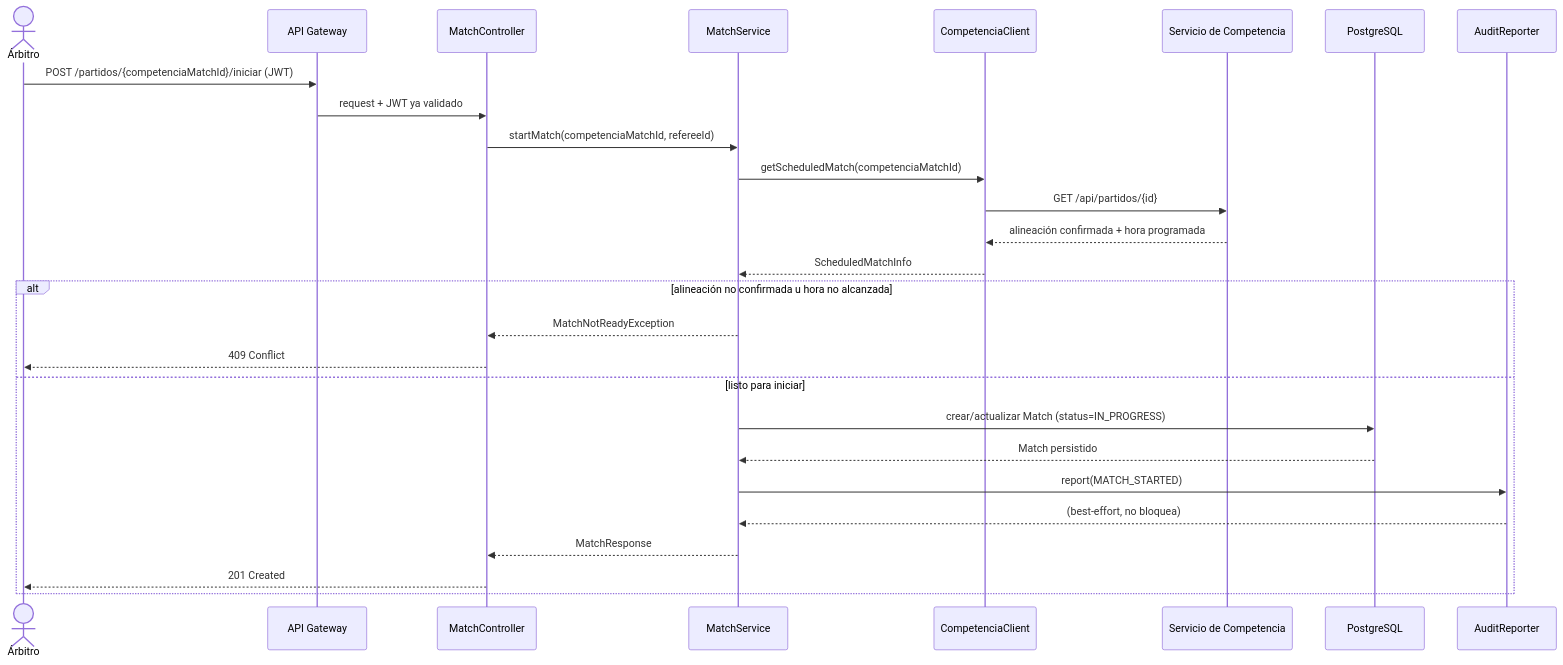
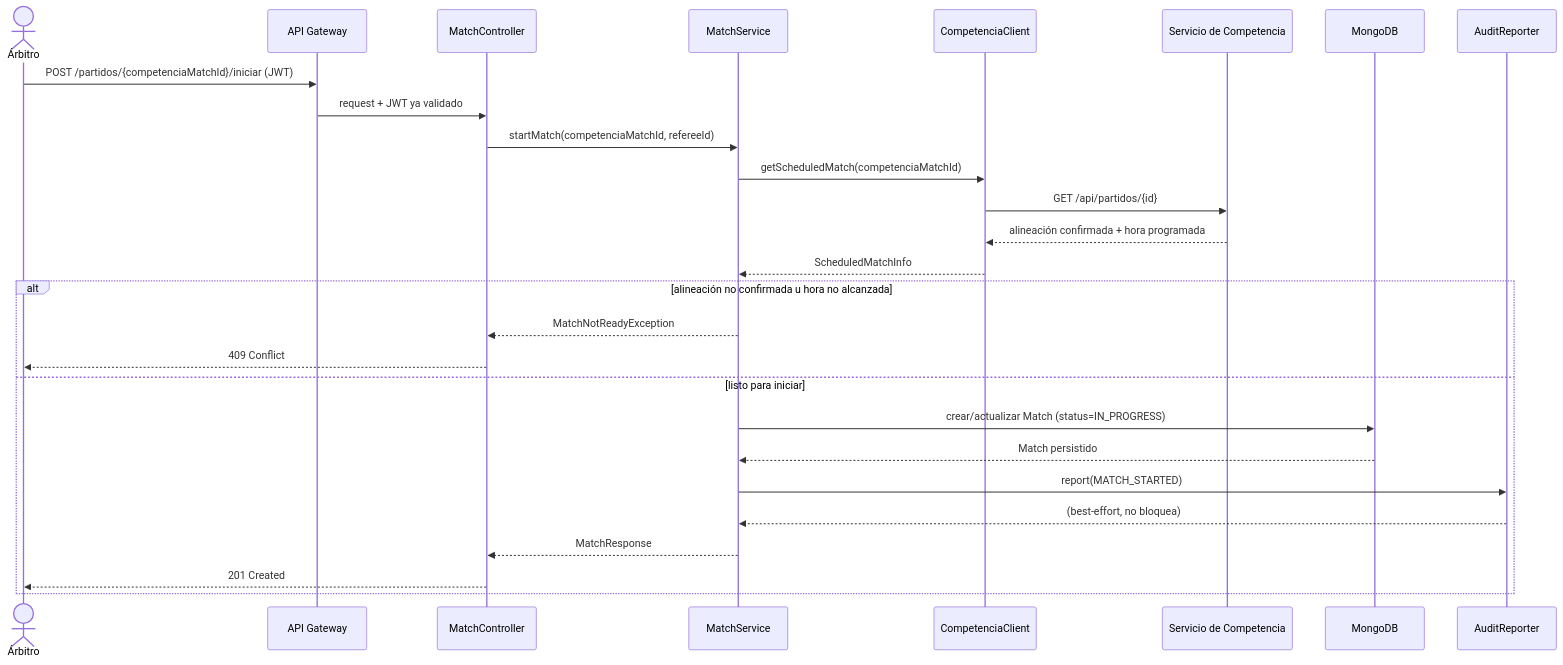
Before and after one commit to TECH-CUP-2026-INT/am-matches-service: the third of 5 diagrams in docs/arquitectura.md, drawn with Mermaid. The commit also changed other lines of this file and 40 other files, not shown here.

````diff
--- a/docs/arquitectura.md
+++ b/docs/arquitectura.md
@@ -286,31 +286,31 @@
 ```mermaid
 sequenceDiagram
     actor Arbitro as Árbitro
     participant GW as API Gateway
     participant MC as MatchController
     participant MS as MatchService
     participant CC as CompetenciaClient
     participant Comp as Servicio de Competencia
-    participant DB as PostgreSQL
+    participant DB as MongoDB
     participant Aud as AuditReporter
 
     Arbitro->>GW: POST /partidos/{competenciaMatchId}/iniciar (JWT)
     GW->>MC: request + JWT ya validado
     MC->>MS: startMatch(competenciaMatchId, refereeId)
     MS->>CC: getScheduledMatch(competenciaMatchId)
     CC->>Comp: GET /api/partidos/{id}
     Comp-->>CC: alineación confirmada + hora programada
     CC-->>MS: ScheduledMatchInfo
 
     alt alineación no confirmada u hora no alcanzada
         MS-->>MC: MatchNotReadyException
         MC-->>Arbitro: 409 Conflict
     else listo para iniciar
         MS->>DB: crear/actualizar Match (status=IN_PROGRESS)
         DB-->>MS: Match persistido
         MS->>Aud: report(MATCH_STARTED)
         Aud-->>MS: (best-effort, no bloquea)
         MS-->>MC: MatchResponse
         MC-->>Arbitro: 201 Created
     end
 ```
````
